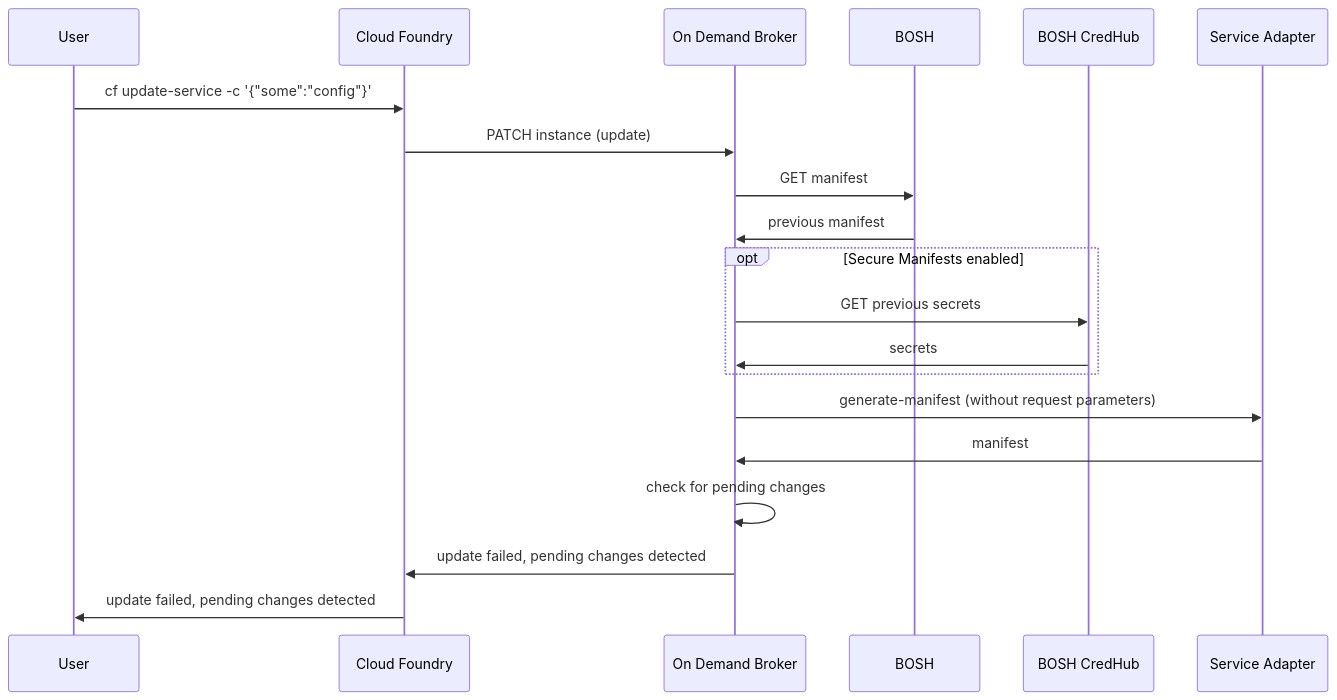
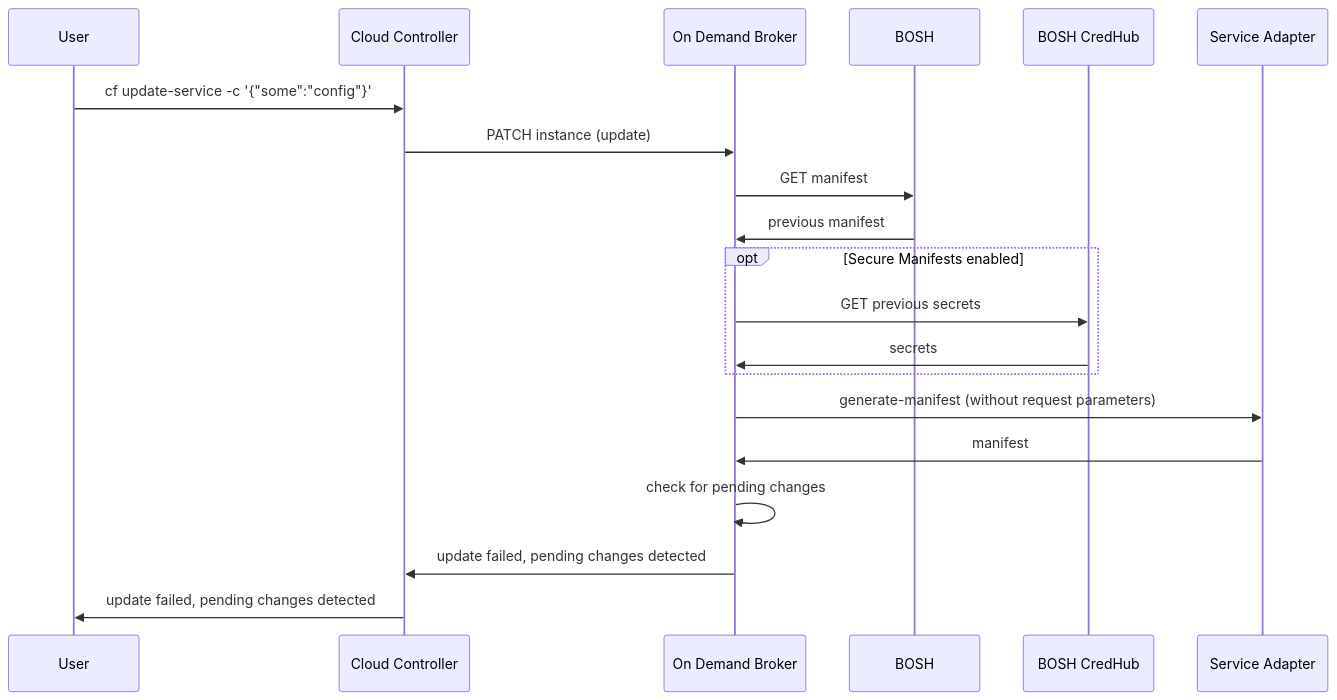
Before and after one commit to pivotal-cf/docs-on-demand-service-broker: the diagram in mmd/update_service_with_pending_changes_workflow.mmd, drawn with Mermaid. The commit also changed 7 other files, not shown here.

Commit message:
Standardise terms in mermaid diagrams [#162307186]

```diff
--- a/mmd/update_service_with_pending_changes_workflow.mmd
+++ b/mmd/update_service_with_pending_changes_workflow.mmd
@@ -1,16 +1,16 @@
 <div class="mermaid">
   sequenceDiagram
-  User->> Cloud Foundry: cf update-service -c '{"some":"config"}'
-  Cloud Foundry->> On Demand Broker: PATCH instance (update)
+  User->> Cloud Controller: cf update-service -c '{"some":"config"}'
+  Cloud Controller->> On Demand Broker: PATCH instance (update)
   On Demand Broker->>BOSH:GET manifest
   BOSH->>On Demand Broker:previous manifest
   opt Secure Manifests enabled
     On Demand Broker->>BOSH CredHub: GET previous secrets
     BOSH CredHub->>On Demand Broker: secrets
   end
   On Demand Broker->>Service Adapter: generate-manifest (without request parameters)
   Service Adapter->>On Demand Broker: manifest
   On Demand Broker->>On Demand Broker: check for pending changes
-  On Demand Broker->>Cloud Foundry: update failed, pending changes detected
-  Cloud Foundry->>User: update failed, pending changes detected
+  On Demand Broker->>Cloud Controller: update failed, pending changes detected
+  Cloud Controller->>User: update failed, pending changes detected
 </div>
```
